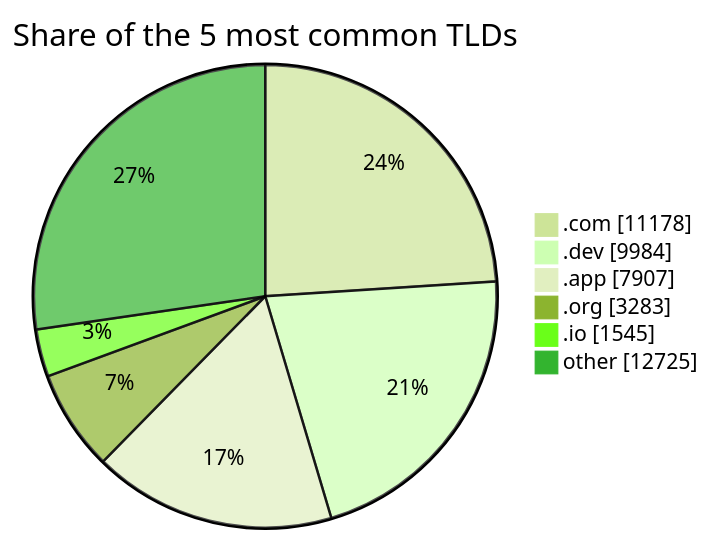
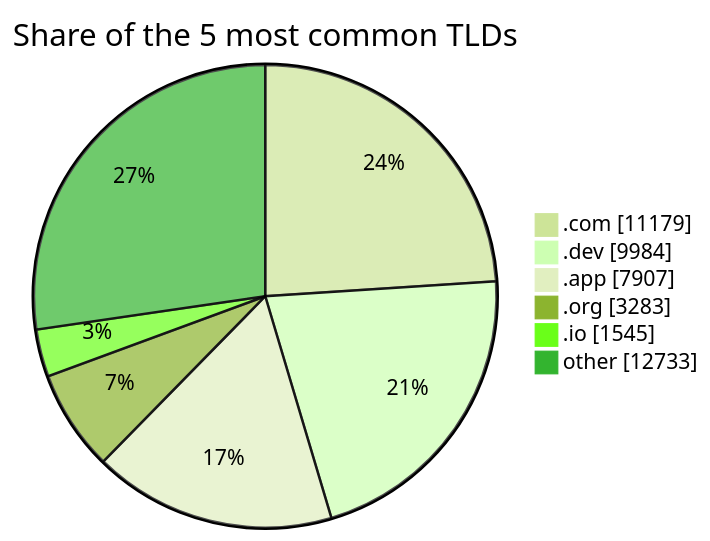
One commit to DNSBunker/CTI changed the third of 3 diagrams in README.md. Above: the diagram before and after it, drawn with Mermaid (forest theme). The commit also changed other lines of this file and 3 other files, not shown here.

````diff
--- a/README.md
+++ b/README.md
@@ -81,9 +81,9 @@
 ```mermaid
 pie showData title Share of the 5 most common TLDs
-    ".com" : 11178
+    ".com" : 11179
     ".dev" : 9984
     ".app" : 7907
     ".org" : 3283
     ".io" : 1545
-    "other" : 12725
+    "other" : 12733
 ```
````
